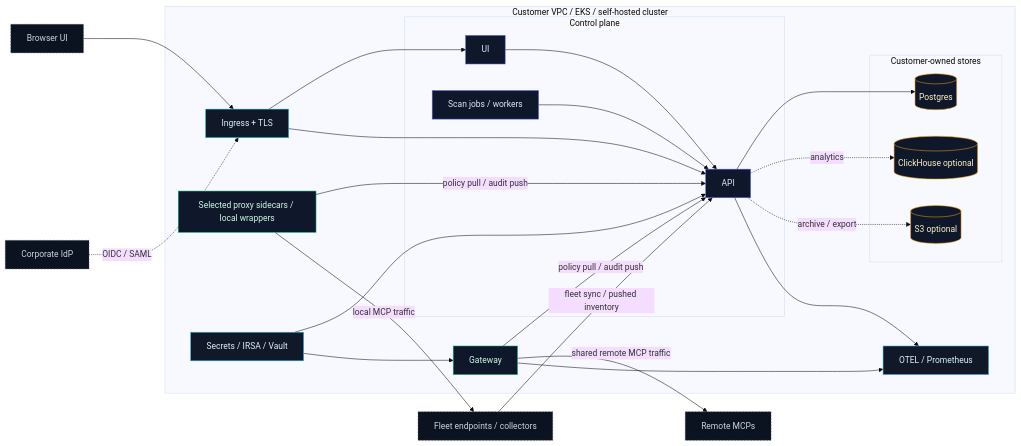
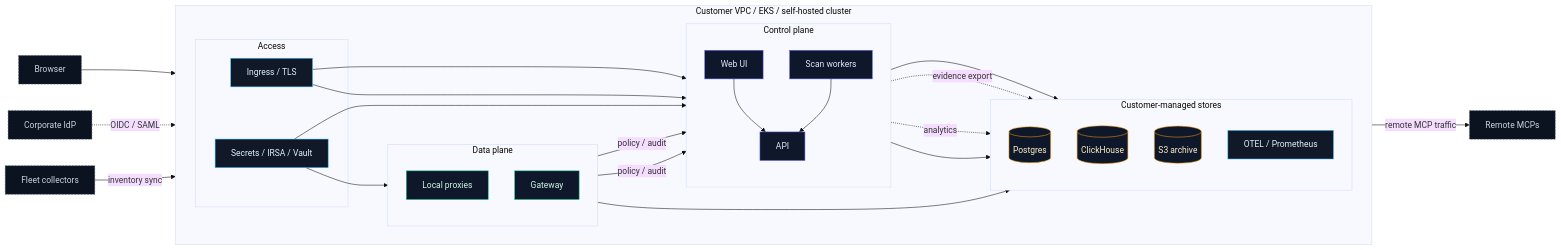
The first of 2 diagrams in site-docs/deployment/overview.md (msaad00/agent-bom), drawn with Mermaid (base theme) before and after one commit. The commit also changed other lines of this file, not shown here.

Commit message:
docs: tighten enterprise topology diagram (#1783)
Summary
- tighten the enterprise self-hosted Mermaid topology into clearer
access, control-plane, data-plane, and store lanes
- shorten labels and reduce crossing lines so the main traffic paths
read left-to-right
- rewrite the truth block so the diagram explains the actual
control-plane and runtime boundaries more directly

Why
The previous topology read more like a wire sketch than an enterprise
architecture view. The main control-plane path, runtime path, and
optional store surfaces were all present, but the hierarchy and flow
were harder to scan than they needed to be.

Impact
- self-hosted architecture docs are easier to explain to operators and
buyers
- optional systems stay visually secondary to the required Postgres
control-plane path
- the diagram now matches the product's control-plane/runtime separation
more cleanly

Validation
- pytest -q tests/test_mermaid.py -q

Issue
- Part of #1765

````diff
--- a/site-docs/deployment/overview.md
+++ b/site-docs/deployment/overview.md
@@ -181,54 +181,61 @@
 ```mermaid
 flowchart LR
     classDef edge fill:#111827,stroke:#38bdf8,color:#e0f2fe
     classDef ctrl fill:#0f172a,stroke:#6366f1,color:#e0e7ff
     classDef run fill:#0f172a,stroke:#10b981,color:#d1fae5
     classDef data fill:#0f172a,stroke:#f59e0b,color:#fef3c7
     classDef ext fill:#0b1220,stroke:#475569,color:#cbd5e1,stroke-dasharray:3 3
 
-    Browser["Browser UI"]:::ext
+    Browser["Browser"]:::ext
     IdP["Corporate IdP"]:::ext
-    Endpoints["Fleet endpoints / collectors"]:::ext
+    Fleet["Fleet collectors"]:::ext
     Remote["Remote MCPs"]:::ext
 
     subgraph Customer["Customer VPC / EKS / self-hosted cluster"]
-      Ingress["Ingress + TLS"]:::edge
+      direction LR
+
+      subgraph Access["Access"]
+        Ingress["Ingress / TLS"]:::edge
+        Secrets["Secrets / IRSA / Vault"]:::edge
+      end
 
       subgraph Control["Control plane"]
-        UI["UI"]:::ctrl
+        direction TB
+        UI["Web UI"]:::ctrl
         API["API"]:::ctrl
-        Jobs["Scan jobs / workers"]:::ctrl
+        Jobs["Scan workers"]:::ctrl
       end
 
-      Gateway["Gateway"]:::run
-      Proxy["Selected proxy sidecars / local wrappers"]:::run
-
-      subgraph Stores["Customer-owned stores"]
-        Postgres[("Postgres")]:::data
-        ClickHouse[("ClickHouse optional")]:::data
-        S3[("S3 optional")]:::data
+      subgraph Runtime["Data plane"]
+        direction TB
+        Proxy["Local proxies"]:::run
+        Gateway["Gateway"]:::run
       end
 
-      Secrets["Secrets / IRSA / Vault"]:::edge
-      Obs["OTEL / Prometheus"]:::edge
+      subgraph Stores["Customer-managed stores"]
+        direction TB
+        Postgres[("Postgres")]:::data
+        ClickHouse[("ClickHouse")]:::data
+        S3[("S3 archive")]:::data
+        Obs["OTEL / Prometheus"]:::edge
+      end
     end
 
     Browser --> Ingress
     IdP -. OIDC / SAML .-> Ingress
     Ingress --> UI
     Ingress --> API
     UI --> API
     Jobs --> API
-    Endpoints -->|fleet sync / pushed inventory| API
-    Proxy -->|policy pull / audit push| API
-    Gateway -->|policy pull / audit push| API
-    Proxy -->|local MCP traffic| Endpoints
-    Gateway -->|shared remote MCP traffic| Remote
+    Fleet -->|inventory sync| API
+    Proxy -->|policy / audit| API
+    Gateway -->|policy / audit| API
+    Gateway -->|remote MCP traffic| Remote
+    Secrets --> API
+    Secrets --> Gateway
     API --> Postgres
     API -. analytics .-> ClickHouse
-    API -. archive / export .-> S3
-    Secrets --> API
-    Secrets --> Gateway
+    API -. evidence export .-> S3
     API --> Obs
     Gateway --> Obs
 ```
````
